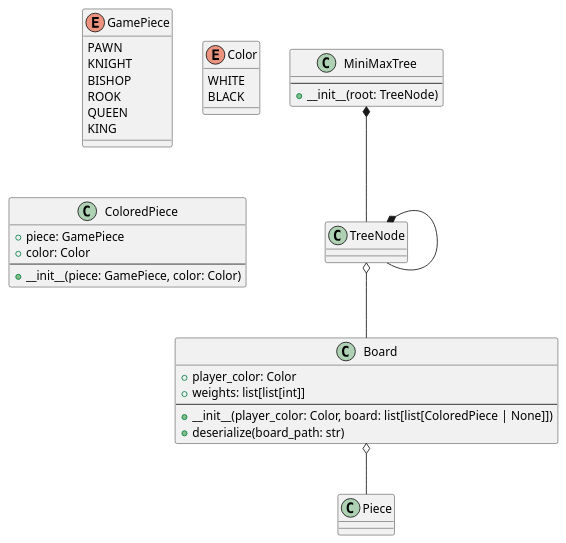
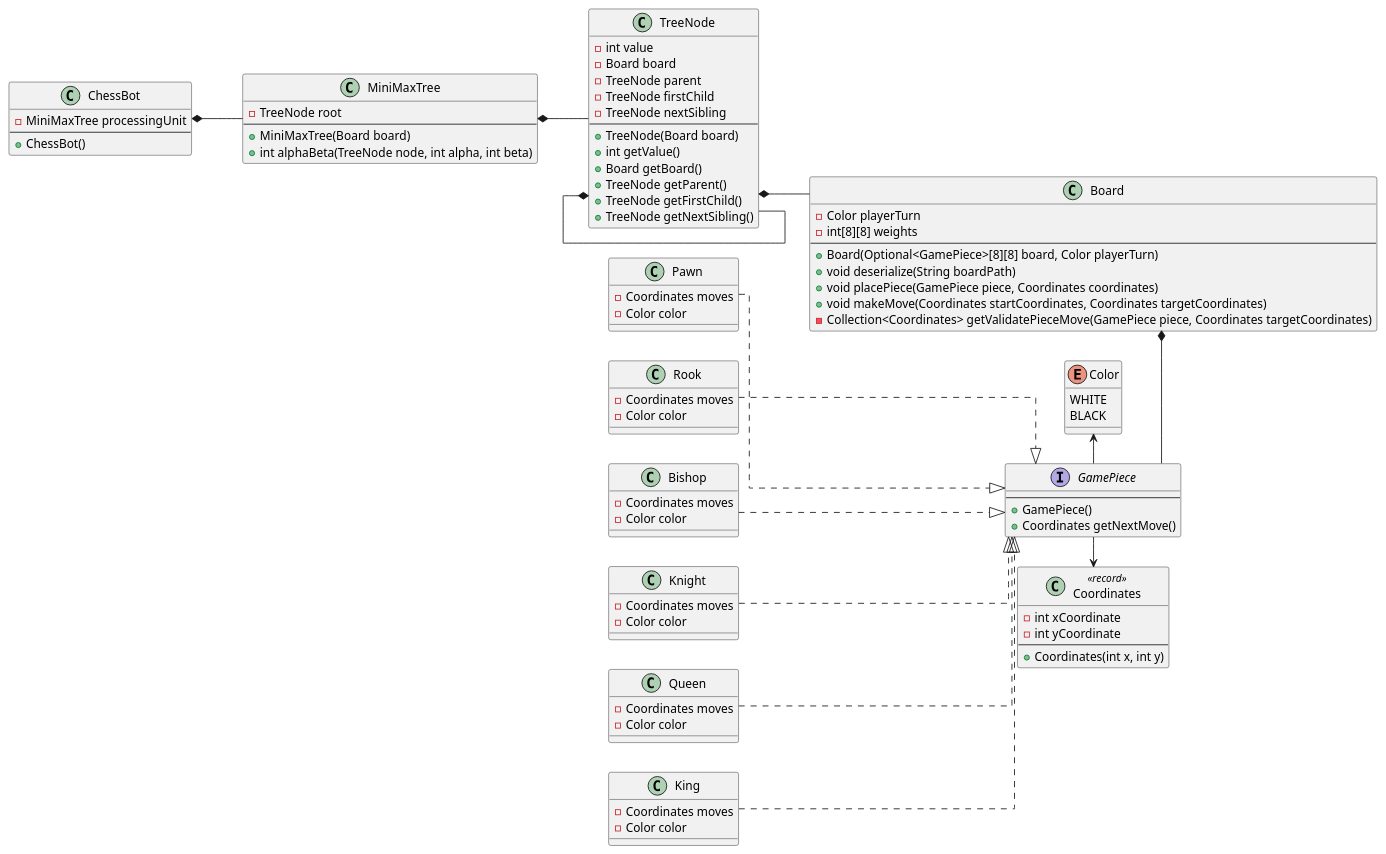
One commit to Ama-badgi/chess-engine changed the diagram in diagrams/class_diagram.puml. Above: the diagram before and after it, drawn with PlantUML. The commit also changed other lines of this file, not shown here.

Commit message:
feat: finish class outline

```diff
--- a/diagrams/class_diagram.puml
+++ b/diagrams/class_diagram.puml
@@ -4,46 +1,110 @@
-@startuml chess_engine_class
+@startuml chessEngineDesignClassDiagram
+
+skinparam linetype ortho
+skinparam groupInheritance 2
+left to right direction
+
+class ChessBot {
+  - MiniMaxTree processingUnit
+  ---
+  + ChessBot()
+}
+
+class MiniMaxTree {
+  - TreeNode root
+  ---
+  + MiniMaxTree(Board board)
+  + int alphaBeta(TreeNode node, int alpha, int beta)
+}
+
+class TreeNode {
+  - int value
+  - Board board
+  - TreeNode parent
+  - TreeNode firstChild
+  - TreeNode nextSibling
+  ---
+  + TreeNode(Board board)
+  + int getValue()
+  + Board getBoard()
+  + TreeNode getParent()
+  + TreeNode getFirstChild()
+  + TreeNode getNextSibling()
+}
 
 class Board {
-  + player_color: Color
-  + weights: list[list[int]]
+  - Color playerTurn
+  - int[8][8] weights
   ---
-  + __init__(player_color: Color, board: list[list[ColoredPiece | None]])
-  + deserialize(board_path: str)
+  + Board(Optional<GamePiece>[8][8] board, Color playerTurn)
+  + void deserialize(String boardPath)
+  + void placePiece(GamePiece piece, Coordinates coordinates)
+  + void makeMove(Coordinates startCoordinates, Coordinates targetCoordinates)
+  - Collection<Coordinates> getValidatePieceMove(GamePiece piece, Coordinates targetCoordinates)
 }
 
-enum GamePiece {
-  PAWN
-  KNIGHT
-  BISHOP
-  ROOK
-  QUEEN
-  KING
+class Coordinates <<record>> {
+  - int xCoordinate
+  - int yCoordinate
+  ---
+  + Coordinates(int x, int y)
 }
 
 enum Color {
   WHITE
   BLACK
 }
 
-class ColoredPiece {
-  + piece: GamePiece
-  + color: Color
+interface GamePiece {
   ---
-  + __init__(piece: GamePiece, color: Color)
+  + GamePiece()
+  + Coordinates getNextMove()
 }
 
-class MiniMaxTree {
-  ---
-  + __init__(root: TreeNode)
+together {
+  class Pawn {
+    - Coordinates moves
+    - Color color
+  }
+  class Rook {
+    - Coordinates moves
+    - Color color
+  }
+  class Bishop {
+    - Coordinates moves
+    - Color color
+  }
+  class Knight {
+    - Coordinates moves
+    - Color color
+  }
+  class Queen {
+    - Coordinates moves
+    - Color color
+  }
+  class King {
+    - Coordinates moves
+    - Color color
+  }
 }
 
-class TreeNode {
-  
-}
+Board -[hidden]right- GamePiece
+'GamePiece -[hidden]right- Color
 
-TreeNode *-- TreeNode
-MiniMaxTree *-- TreeNode
-TreeNode o-- Board
-Board o-- Piece
+ChessBot    *--   MiniMaxTree
+MiniMaxTree *--   TreeNode
+TreeNode    *--   TreeNode
+TreeNode    *--   Board
+Board       *--   GamePiece
+
+Pawn        ..|>  GamePiece
+Rook        ..|>  GamePiece
+Bishop      ..|>  GamePiece
+Queen       ..|>  GamePiece
+King        ..|>  GamePiece
+Knight      ..|>  GamePiece
+
+Color       <-    GamePiece
+GamePiece   ->    Coordinates
 
 @enduml
```
